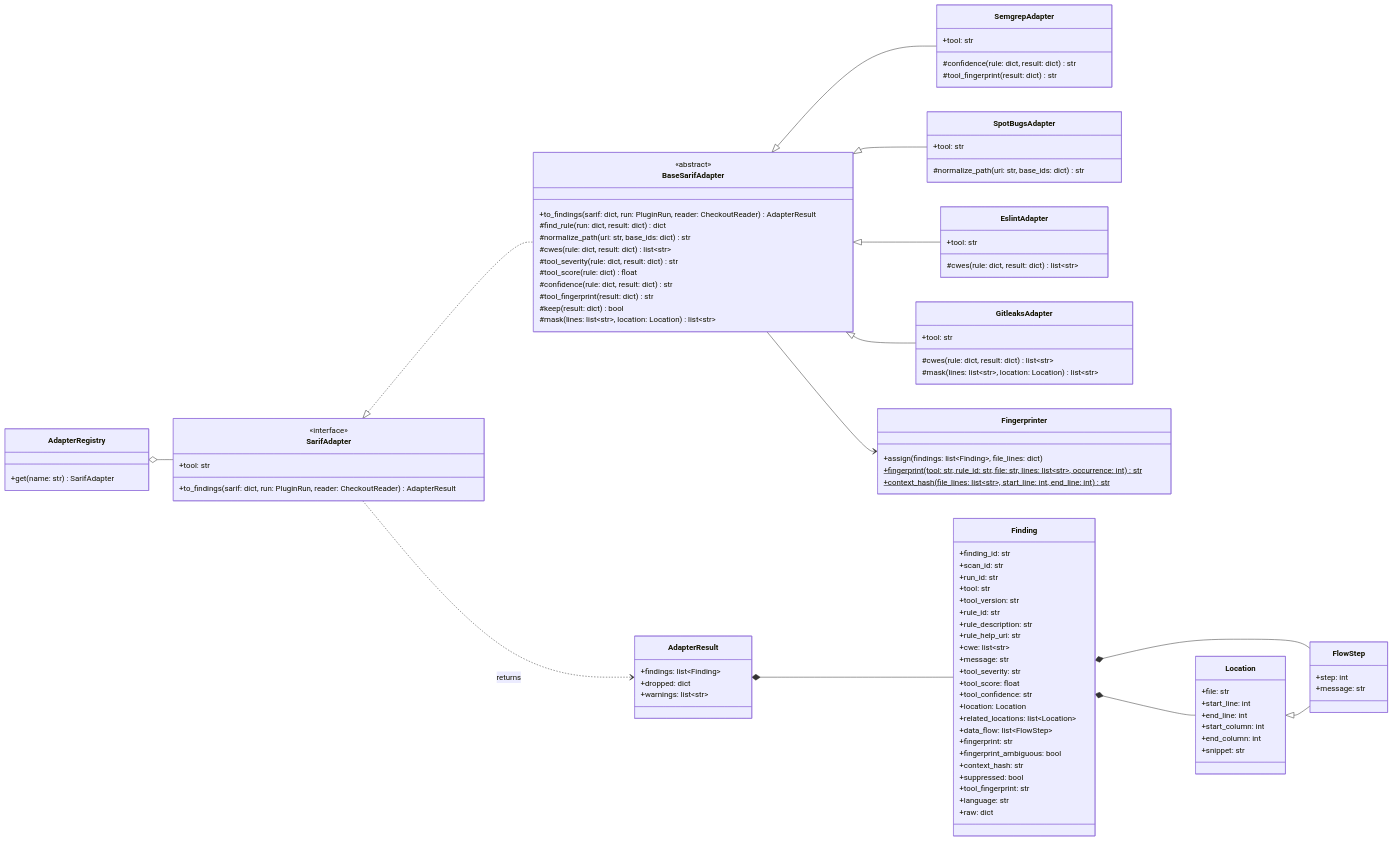
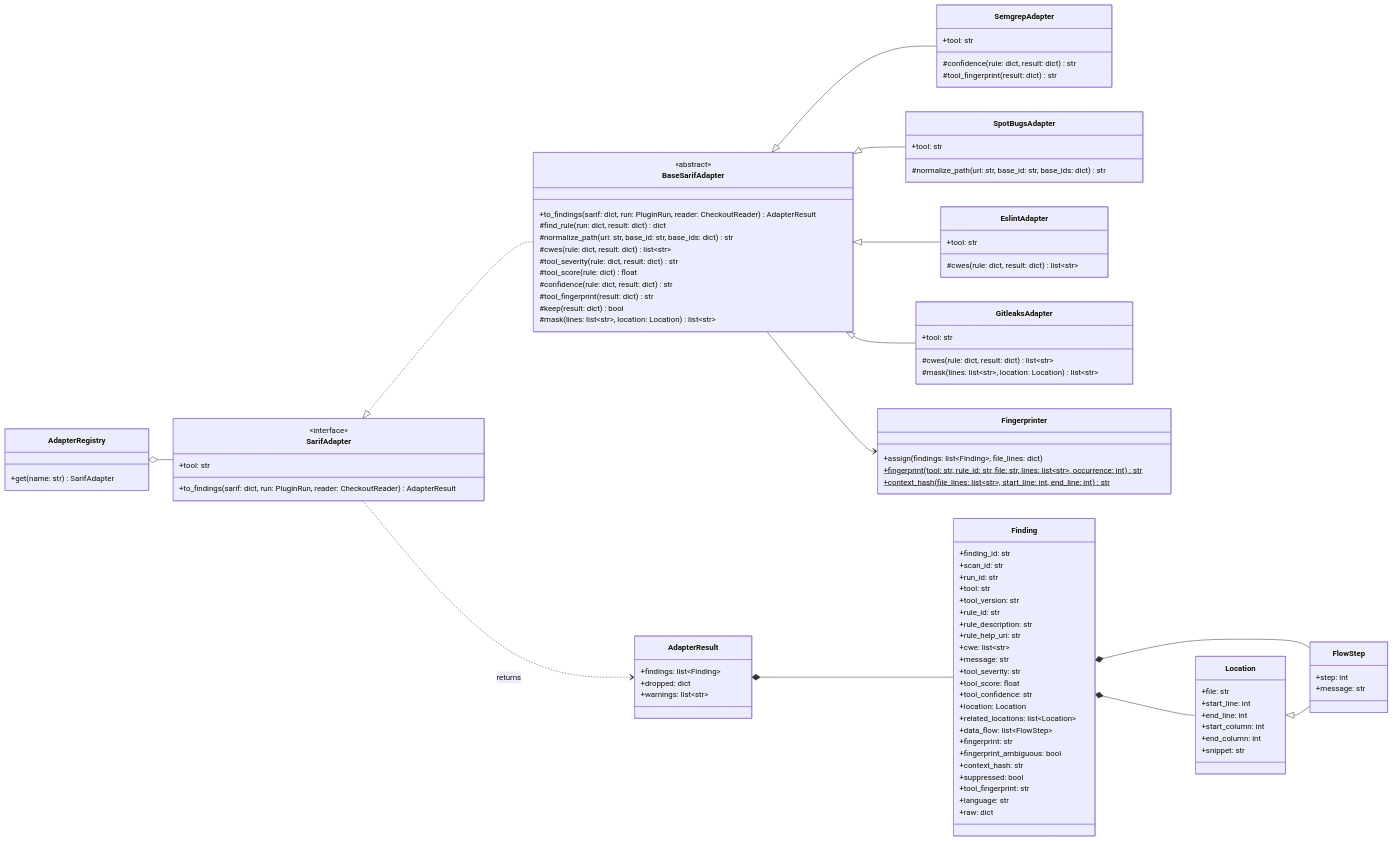
One commit to sieve-ku-comp491/sieve changed the second of 5 diagrams in docs/class-diagrams.md. Above: the diagram before and after it, drawn with Mermaid. The commit also changed other lines of this file and 17 other files, not shown here.

```diff
--- a/docs/class-diagrams.md
+++ b/docs/class-diagrams.md
@@ -184,7 +185,7 @@
     <<abstract>>
     +to_findings(sarif: dict, run: PluginRun, reader: CheckoutReader) AdapterResult
     #find_rule(run: dict, result: dict) dict
-    #normalize_path(uri: str, base_ids: dict) str
+    #normalize_path(uri: str, base_id: str, base_ids: dict) str
     #cwes(rule: dict, result: dict) list~str~
     #tool_severity(rule: dict, result: dict) str
     #tool_score(rule: dict) float
@@ -200,7 +201,7 @@
   }
   class SpotBugsAdapter {
     +tool: str
-    #normalize_path(uri: str, base_ids: dict) str
+    #normalize_path(uri: str, base_id: str, base_ids: dict) str
   }
   class EslintAdapter {
     +tool: str
```
